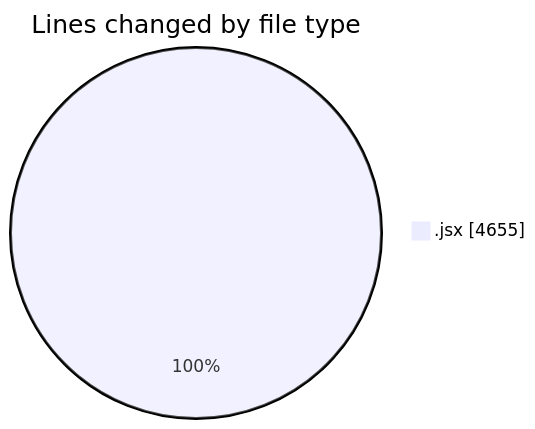
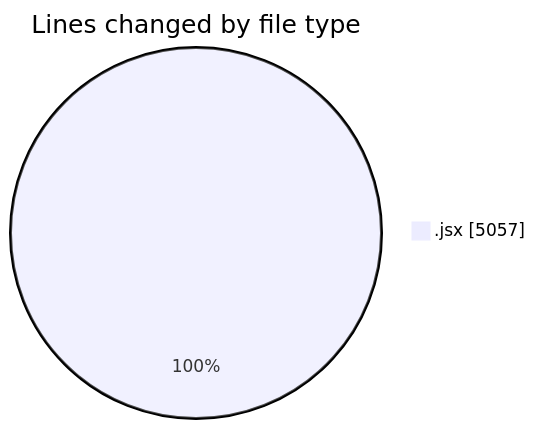
The first of 2 diagrams in 2025-10-07/nxtqube_webapp/README.md (nxtqubesakshisongat/code-tracking), drawn with Mermaid before and after one commit. The commit also changed other lines of this file and 1 other file, not shown here.

````diff
--- a/2025-10-07/nxtqube_webapp/README.md
+++ b/2025-10-07/nxtqube_webapp/README.md
@@ -22,5 +23,5 @@
 ```mermaid
 pie showData
 title Lines changed by file type
-".jsx" : 4655
+".jsx" : 5057
 ```
````
